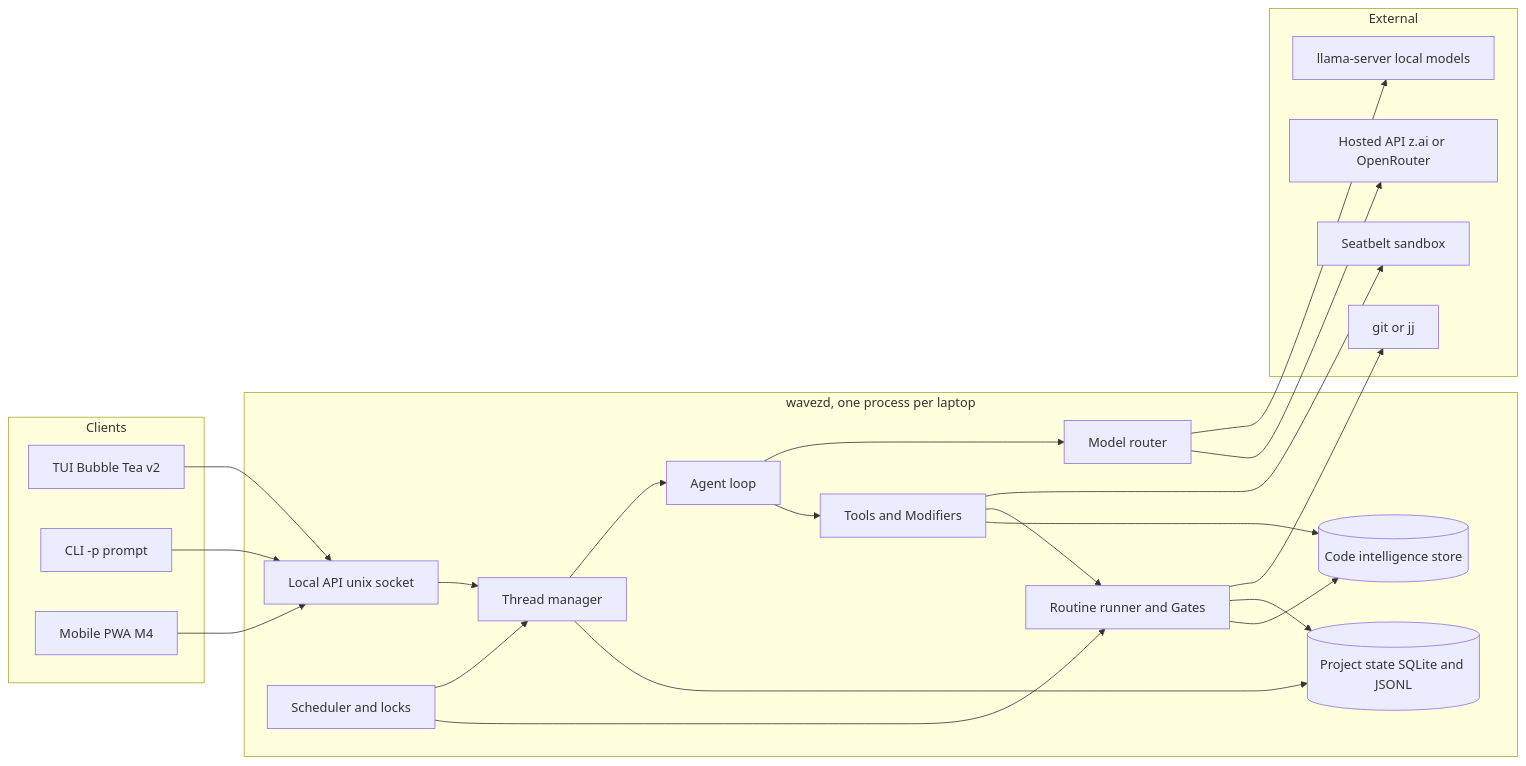
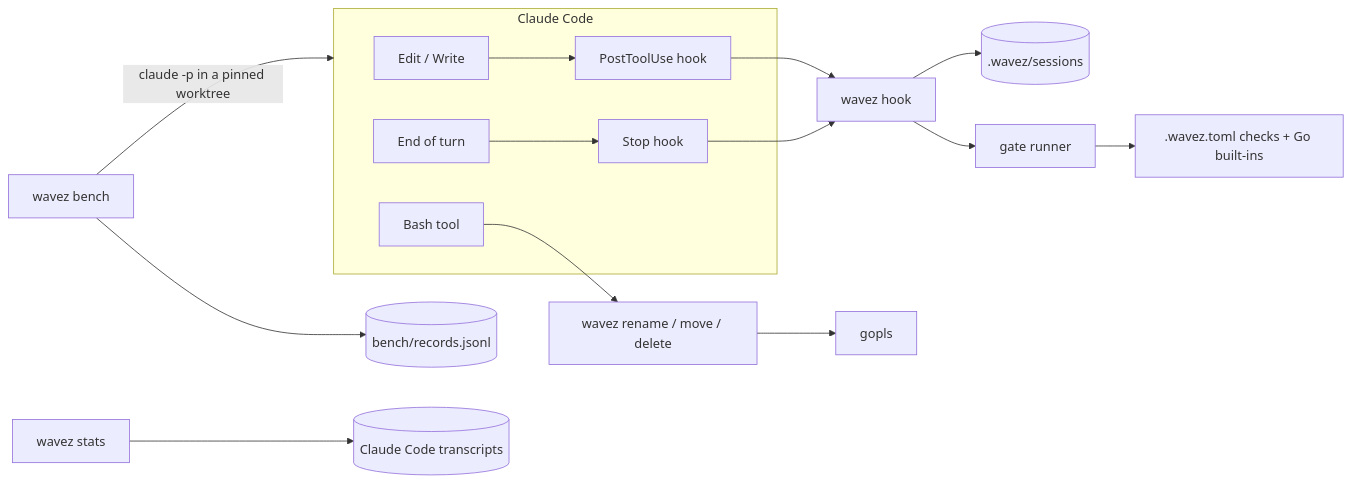
Before and after one commit to KyleKing/wavez: the diagram in DESIGN.md, drawn with Mermaid. The commit also changed other lines of this file and 16 other files, not shown here.

````diff
--- a/DESIGN.md
+++ b/DESIGN.md
@@ -102,43 +46,18 @@
 ```mermaid
 flowchart LR
-    subgraph clients [Clients]
-        TUI[TUI Bubble Tea v2]
-        CLI[CLI -p prompt]
-        PWA[Mobile PWA M4]
+    subgraph harness [Claude Code]
+        Edit[Edit / Write] --> Post[PostToolUse hook]
+        Turn[End of turn] --> Stop[Stop hook]
+        Bash[Bash tool]
     end
-    subgraph core [wavezd, one process per laptop]
-        API[Local API unix socket]
-        Threads[Thread manager]
-        Sched[Scheduler and locks]
-        Loop[Agent loop]
-        Router[Model router]
-        Tools[Tools and Modifiers]
-        Routines[Routine runner and Gates]
-        Store[(Project state SQLite and JSONL)]
-        Code[(Code intelligence store)]
-    end
-    subgraph external [External]
-        Local[llama-server local models]
-        Hosted[Hosted API z.ai or OpenRouter]
-        Sandbox[Seatbelt sandbox]
-        VCS[git or jj]
-    end
-    TUI --> API
-    CLI --> API
-    PWA --> API
-    API --> Threads
-    Threads --> Loop
-    Loop --> Router
-    Router --> Local
-    Router --> Hosted
-    Loop --> Tools
-    Tools --> Sandbox
-    Tools --> Routines
-    Sched --> Threads
-    Sched --> Routines
-    Routines --> VCS
-    Threads --> Store
-    Routines --> Store
-    Tools --> Code
-    Routines --> Code
+    Post --> H[wavez hook]
+    Stop --> H
+    H --> S[(.wavez/sessions)]
+    H --> G[gate runner]
+    G --> C[.wavez.toml checks + Go built-ins]
+    Bash --> R[wavez rename / move / delete]
+    R --> gopls
+    B[wavez bench] -->|claude -p in a pinned worktree| harness
+    B --> Rec[(bench/records.jsonl)]
+    T[wavez stats] --> Tr[(Claude Code transcripts)]
 ```
````
